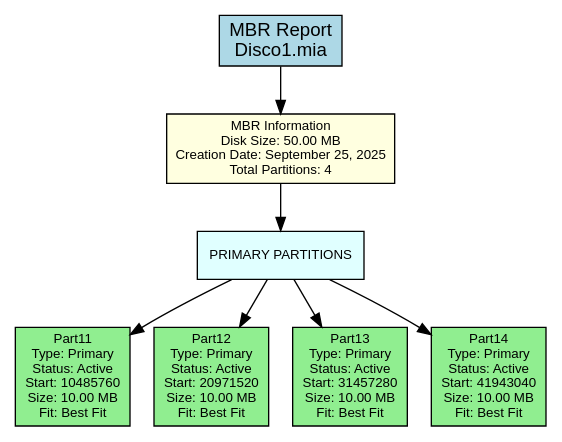
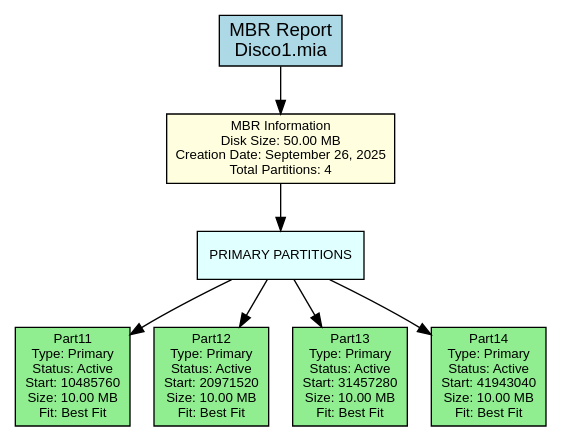
The diagram in backend/provider/reports/src/mbr_381A.dot (DiegVas/MIA_2S2025_P2_202300638), drawn with Graphviz before and after one commit. The commit also changed 15 other files, not shown here.

```diff
--- a/backend/provider/reports/src/mbr_381A.dot
+++ b/backend/provider/reports/src/mbr_381A.dot
@@ -1,24 +1,24 @@
 digraph MBR_Report {
     rankdir=TB;
     node [shape=box, style=filled];
     graph [fontname="Arial", fontsize=12];
     node [fontname="Arial", fontsize=10];
     edge [fontname="Arial"];
 
     title [label="MBR Report\nDisco1.mia", fillcolor=lightblue, fontsize=14];
 
-    mbr_info [label="MBR Information\nDisk Size: 50.00 MB\nCreation Date: September 25, 2025\nTotal Partitions: 4", fillcolor=lightyellow];
+    mbr_info [label="MBR Information\nDisk Size: 50.00 MB\nCreation Date: September 26, 2025\nTotal Partitions: 4", fillcolor=lightyellow];
 
     primary_section [label="PRIMARY PARTITIONS", shape=box, style=filled, fillcolor=lightcyan];
     primary_0 [label="Part11\nType: Primary\nStatus: Active\nStart: 10485760\nSize: 10.00 MB\nFit: Best Fit", fillcolor=lightgreen];
     primary_section -> primary_0;
     primary_1 [label="Part12\nType: Primary\nStatus: Active\nStart: 20971520\nSize: 10.00 MB\nFit: Best Fit", fillcolor=lightgreen];
     primary_section -> primary_1;
     primary_2 [label="Part13\nType: Primary\nStatus: Active\nStart: 31457280\nSize: 10.00 MB\nFit: Best Fit", fillcolor=lightgreen];
     primary_section -> primary_2;
     primary_3 [label="Part14\nType: Primary\nStatus: Active\nStart: 41943040\nSize: 10.00 MB\nFit: Best Fit", fillcolor=lightgreen];
     primary_section -> primary_3;
 
     title -> mbr_info;
     mbr_info -> primary_section;
 }
```
